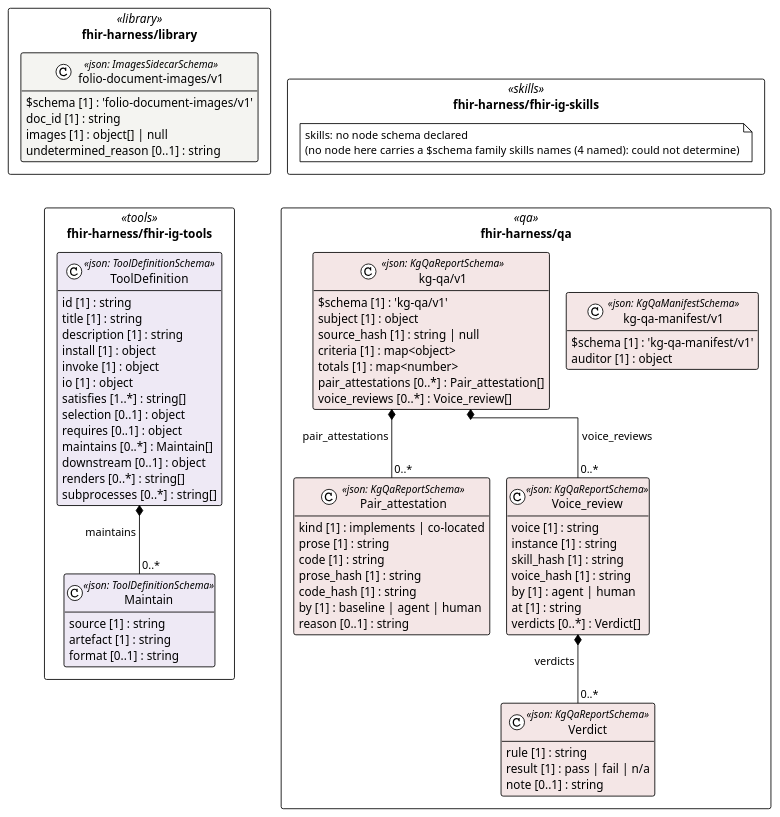
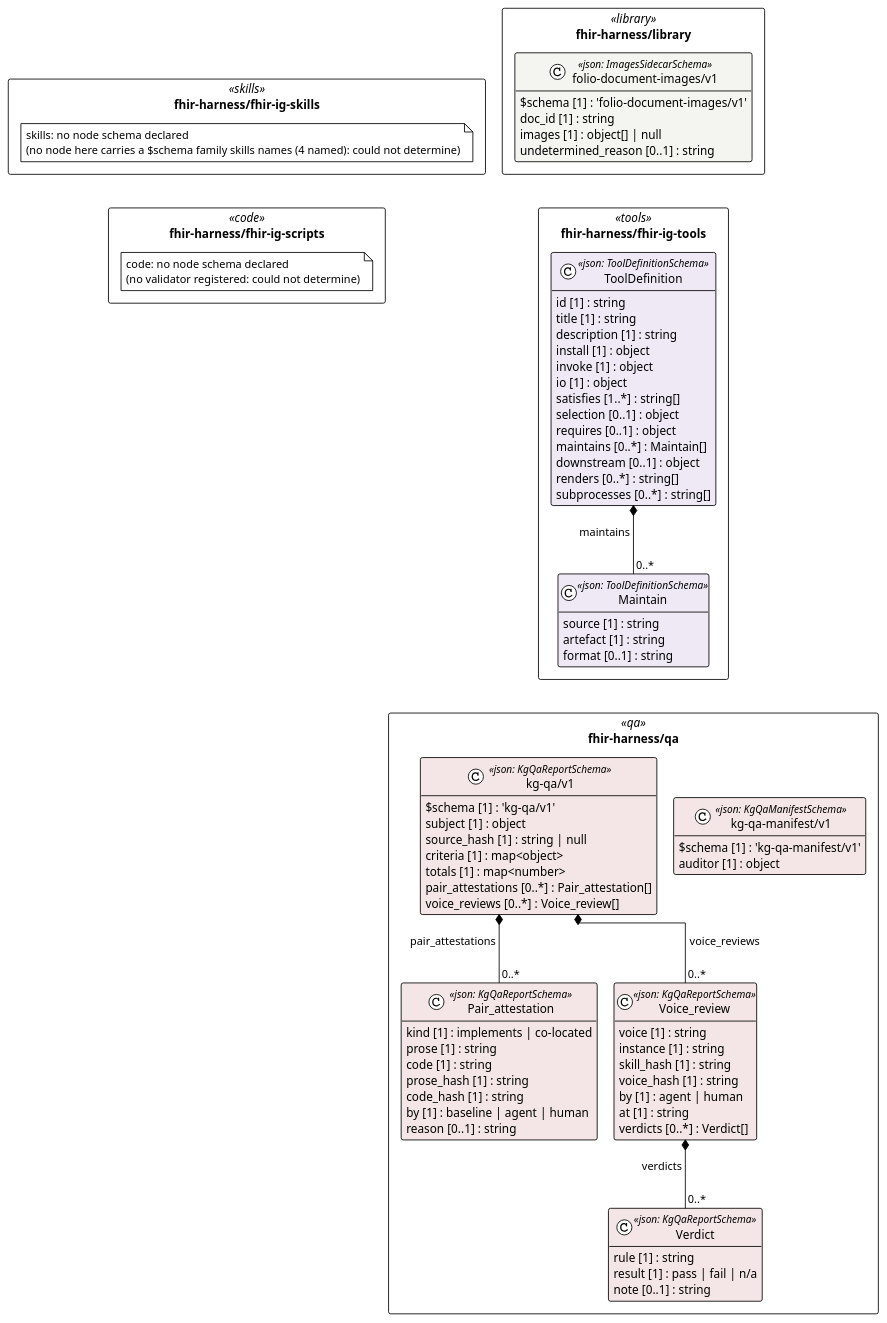
Before and after one commit to litlfred/folio-assistant: the diagram in cat-harness/uml/overview/fhir-harness.puml, drawn with PlantUML. The commit also changed 25 other files, not shown here.

First line of the commit message:
Regenerate the skill-registration chain for the fhir-ig-scripts declaration

```diff
--- a/cat-harness/uml/overview/fhir-harness.puml
+++ b/cat-harness/uml/overview/fhir-harness.puml
@@ -3,88 +3,92 @@
 @startuml fhir_harness
 !pragma layout elk
 !theme plain
 skinparam classAttributeIconSize 0
 skinparam shadowing false
 skinparam packageStyle rectangle
 hide empty methods
 
 package "fhir-harness/library" as pkg_fhir_harness_library <<library>> {
   class "folio-document-images/v1" as fhir_harness_library_folio_document_images_v1_folio_document_images_v1 <<json: ImagesSidecarSchema>> #f4f4f1 {
     $schema [1] : 'folio-document-images/v1'
     doc_id [1] : string
     images [1] : object[] | null
     undetermined_reason [0..1] : string
   }
 }
 package "fhir-harness/fhir-ig-skills" as pkg_fhir_harness_fhir_ig_skills <<skills>> {
   note "skills: no node schema declared\n(no node here carries a $schema family skills names (4 named): could not determine)" as n_fhir_harness_fhir_ig_skills_skills
 }
 package "fhir-harness/fhir-ig-tools" as pkg_fhir_harness_fhir_ig_tools <<tools>> {
   class "Maintain" as fhir_harness_fhir_ig_tools_Maintain <<json: ToolDefinitionSchema>> #eee9f5 {
     source [1] : string
     artefact [1] : string
     format [0..1] : string
   }
   class "ToolDefinition" as fhir_harness_fhir_ig_tools_ToolDefinition <<json: ToolDefinitionSchema>> #eee9f5 {
     id [1] : string
     title [1] : string
     description [1] : string
     install [1] : object
     invoke [1] : object
     io [1] : object
     satisfies [1..*] : string[]
     selection [0..1] : object
     requires [0..1] : object
     maintains [0..*] : Maintain[]
     downstream [0..1] : object
     renders [0..*] : string[]
     subprocesses [0..*] : string[]
   }
+}
+package "fhir-harness/fhir-ig-scripts" as pkg_fhir_harness_fhir_ig_scripts <<code>> {
+  note "code: no node schema declared\n(no validator registered: could not determine)" as n_fhir_harness_fhir_ig_scripts_code
 }
 package "fhir-harness/qa" as pkg_fhir_harness_qa <<qa>> {
   class "Pair_attestation" as fhir_harness_qa_kg_qa_v1_Pair_attestation <<json: KgQaReportSchema>> #f4e6e6 {
     kind [1] : implements | co-located
     prose [1] : string
     code [1] : string
     prose_hash [1] : string
     code_hash [1] : string
     by [1] : baseline | agent | human
     reason [0..1] : string
   }
   class "Verdict" as fhir_harness_qa_kg_qa_v1_Verdict <<json: KgQaReportSchema>> #f4e6e6 {
     rule [1] : string
     result [1] : pass | fail | n/a
     note [0..1] : string
   }
   class "Voice_review" as fhir_harness_qa_kg_qa_v1_Voice_review <<json: KgQaReportSchema>> #f4e6e6 {
     voice [1] : string
     instance [1] : string
     skill_hash [1] : string
     voice_hash [1] : string
     by [1] : agent | human
     at [1] : string
     verdicts [0..*] : Verdict[]
   }
   class "kg-qa/v1" as fhir_harness_qa_kg_qa_v1_kg_qa_v1 <<json: KgQaReportSchema>> #f4e6e6 {
     $schema [1] : 'kg-qa/v1'
     subject [1] : object
     source_hash [1] : string | null
     criteria [1] : map<object>
     totals [1] : map<number>
     pair_attestations [0..*] : Pair_attestation[]
     voice_reviews [0..*] : Voice_review[]
   }
   class "kg-qa-manifest/v1" as fhir_harness_qa_kg_qa_manifest_v1_kg_qa_manifest_v1 <<json: KgQaManifestSchema>> #f4e6e6 {
     $schema [1] : 'kg-qa-manifest/v1'
     auditor [1] : object
   }
 }
 
 fhir_harness_fhir_ig_tools_ToolDefinition *-- "0..*" fhir_harness_fhir_ig_tools_Maintain : maintains
 fhir_harness_qa_kg_qa_v1_kg_qa_v1 *-- "0..*" fhir_harness_qa_kg_qa_v1_Pair_attestation : pair_attestations
 fhir_harness_qa_kg_qa_v1_Voice_review *-- "0..*" fhir_harness_qa_kg_qa_v1_Verdict : verdicts
 fhir_harness_qa_kg_qa_v1_kg_qa_v1 *-- "0..*" fhir_harness_qa_kg_qa_v1_Voice_review : voice_reviews
-' grid: portrait, 2 column(s) — pkg_fhir_harness_library pkg_fhir_harness_fhir_ig_skills pkg_fhir_harness_fhir_ig_tools pkg_fhir_harness_qa
+' grid: portrait, 2 column(s) — pkg_fhir_harness_library pkg_fhir_harness_fhir_ig_skills pkg_fhir_harness_fhir_ig_tools pkg_fhir_harness_fhir_ig_scripts pkg_fhir_harness_qa
 pkg_fhir_harness_library -[hidden]down- pkg_fhir_harness_fhir_ig_tools
-pkg_fhir_harness_fhir_ig_skills -[hidden]down- pkg_fhir_harness_qa
+pkg_fhir_harness_fhir_ig_skills -[hidden]down- pkg_fhir_harness_fhir_ig_scripts
+pkg_fhir_harness_fhir_ig_tools -[hidden]down- pkg_fhir_harness_qa
 @enduml
```
